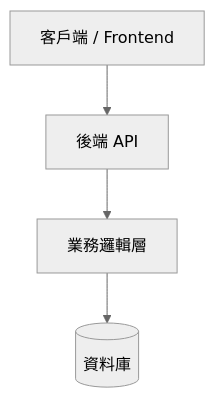
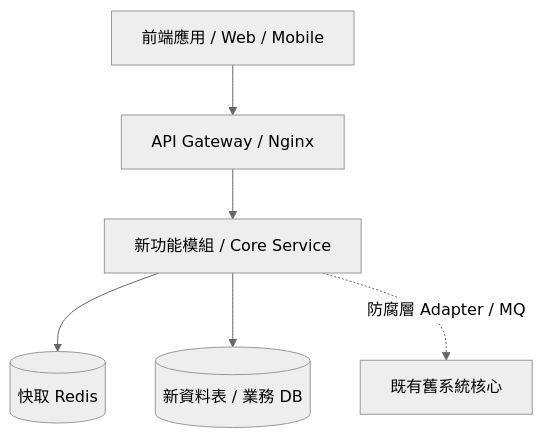
One commit to cchhss123/obs-temp changed the diagram in _docs/_templates/tpl_Plan.md. Above: the diagram before and after it, drawn with Mermaid (neutral theme). The commit also changed other lines of this file and 12 other files, not shown here.

````diff
--- a/_docs/_templates/tpl_Plan.md
+++ b/_docs/_templates/tpl_Plan.md
@@ -28,6 +27,10 @@
 ```mermaid
 graph TD
-    Client[客戶端 / Frontend] --> API[後端 API]
-    API --> Service[業務邏輯層]
-    Service --> DB[(資料庫)]
+    Client[前端應用 / Web / Mobile] --> Gateway[API Gateway / Nginx]
+    Gateway --> NewService[新功能模組 / Core Service]
+    NewService --> Cache[(快取 Redis)]
+    NewService --> DB[(新資料表 / 業務 DB)]
+
+    %% 舊專案新模組擴充時使用（非舊系統情境可移除）：
+    NewService -.->|防腐層 Adapter / MQ| LegacySystem[既有舊系統核心]
 ```
````
